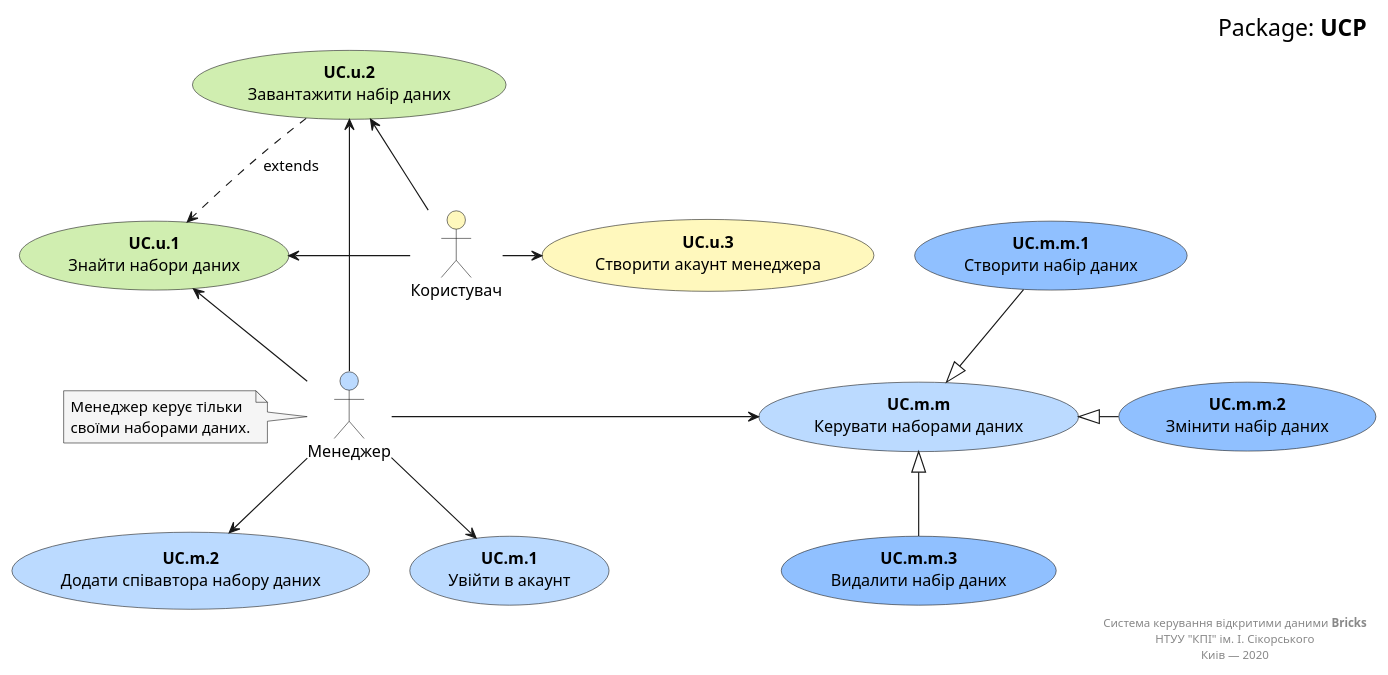
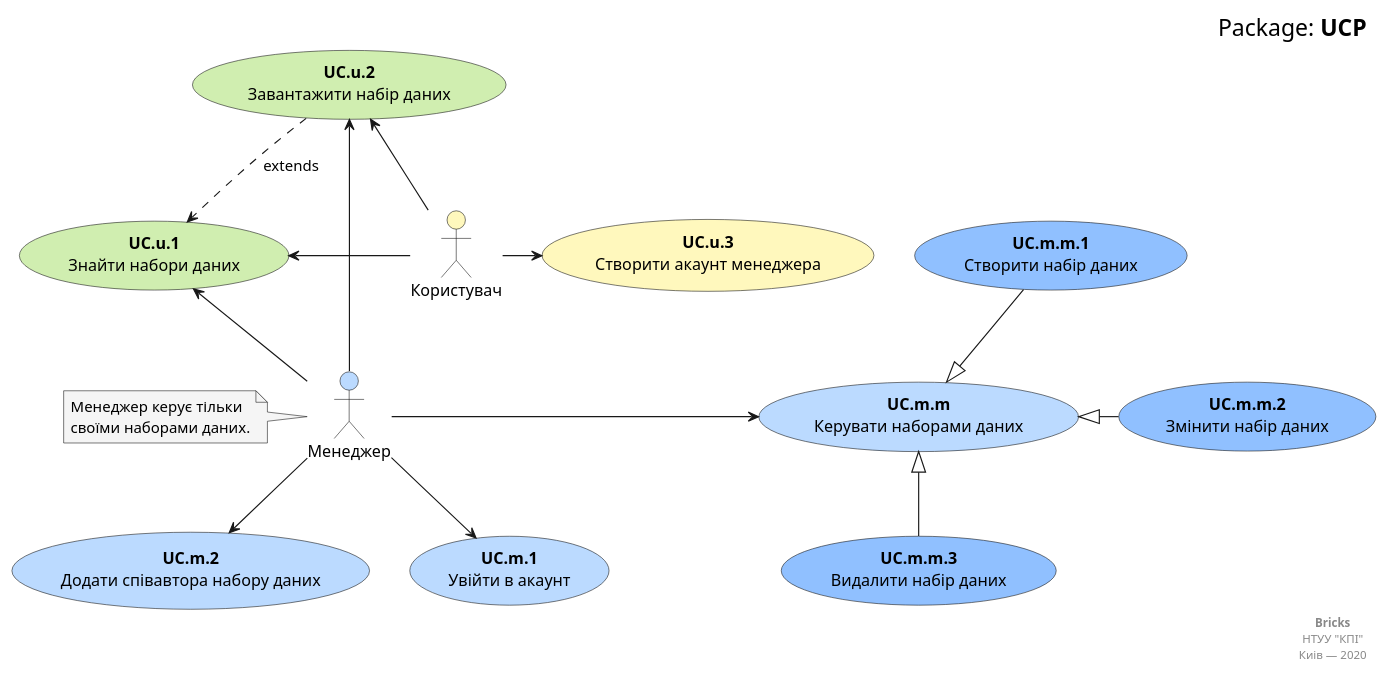
The diagram in docs/use cases/UCP.puml (hate-crew-member-41/Bricks), drawn with PlantUML before and after one commit.

```diff
--- a/docs/use cases/UCP.puml
+++ b/docs/use cases/UCP.puml
@@ -1,47 +1,47 @@
 @startuml
 
     right header
         <font size=20 color=black>Package: <b>UCP</b></font>
     end header
 
     actor "Користувач" as User #fff8bd
     actor "Менеджер" as Manager #bbdaff
     
     usecase "<b>UC.u.1</b>\nЗнайти набори даних" as UC.u.1 #d0eeb0
     usecase "<b>UC.u.2</b>\nЗавантажити набір даних" as UC.u.2 #d0eeb0
     usecase "<b>UC.u.3</b>\nСтворити акаунт менеджера" as UC.u.3 #fff8bd
 
     usecase "<b>UC.m.1</b>\nУвійти в акаунт" as UC.m.1 #bbdaff
     usecase "<b>UC.m.2</b>\nДодати співавтора набору даних" as UC.m.2 #bbdaff
     usecase "<b>UC.m.m</b>\nКерувати наборами даних" as UC.m.m #bbdaff
     usecase "<b>UC.m.m.1</b>\nСтворити набір даних" as UC.m.m.1 #90c0ff
     usecase "<b>UC.m.m.2</b>\nЗмінити набір даних" as UC.m.m.2 #90c0ff
     usecase "<b>UC.m.m.3</b>\nВидалити набір даних" as UC.m.m.3 #90c0ff
 
     UC.u.2 ..> UC.u.1 : extends
     UC.m.m.1 -d-|> UC.m.m
     UC.m.m.2 -l-|> UC.m.m
     UC.m.m.3 -u-|> UC.m.m
 
     note left of Manager #f5f5f5
         Менеджер керує тільки
         своїми наборами даних.
     end note
 
     User -l-> UC.u.1
     User -u-> UC.u.2
     User -r-> UC.u.3
 
     Manager -u-> UC.u.1
     Manager -u-> UC.u.2
     Manager --> UC.m.1
     Manager --> UC.m.2
     Manager -r-> UC.m.m
     
     right footer
-        Система керування відкритими даними <b>Bricks</b>
-        НТУУ "КПІ" ім. І. Сікорського
+        <b>Bricks</b>
+        НТУУ "КПІ"
         Киів — 2020
     end footer
 
 @enduml
```
